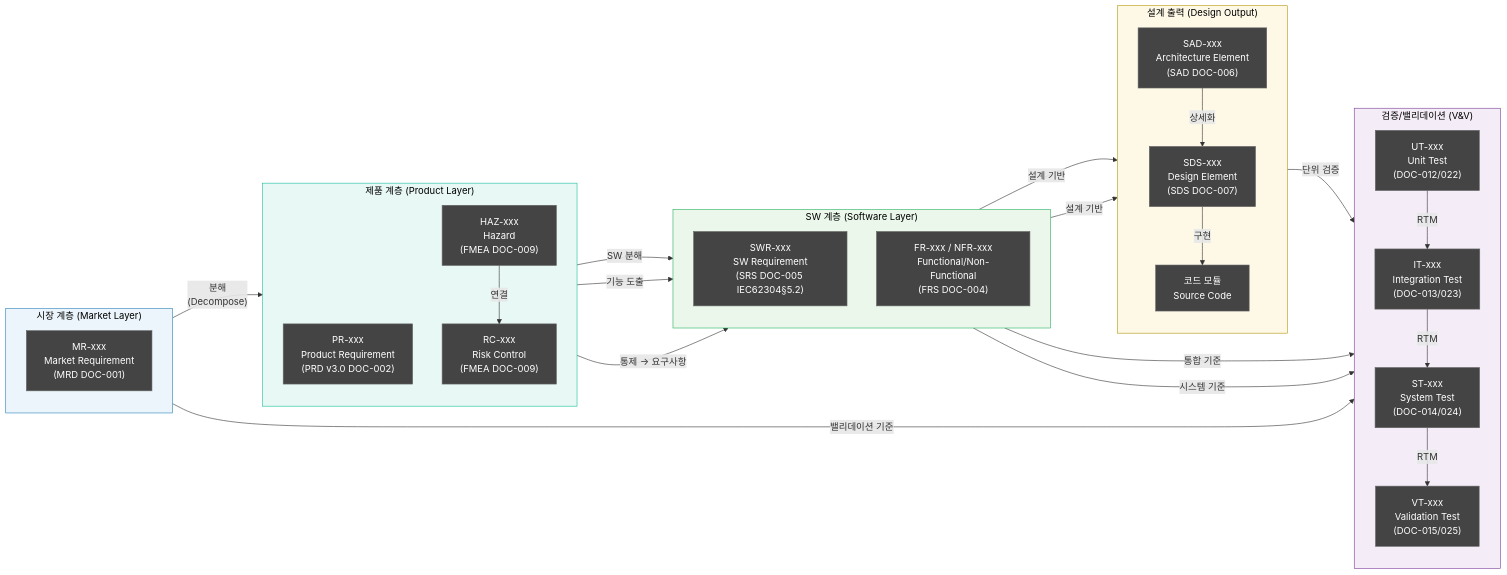
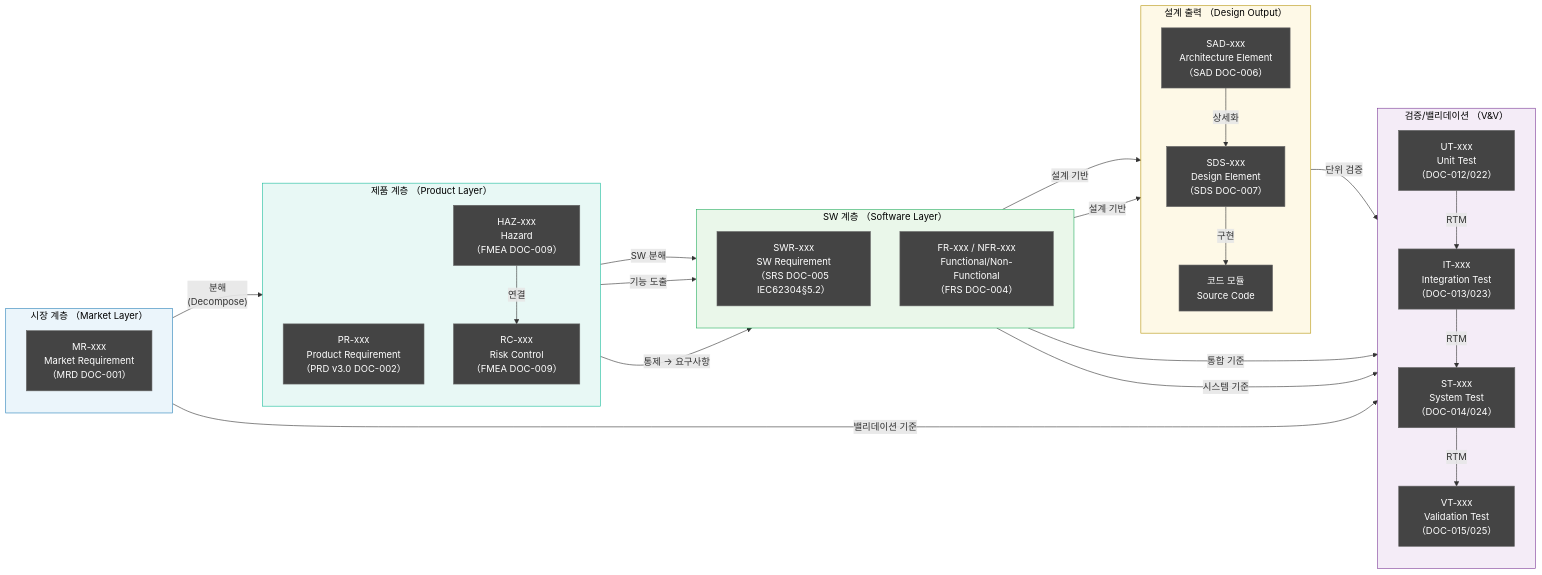
The third of 9 diagrams in docs/management/DMP-001_DMP_v1.0.md (holee9/console-gui), drawn with Mermaid before and after one commit. The commit also changed other lines of this file and 22 other files, not shown here.

First line of the commit message:
fix: Mermaid flowchart 노드 내 괄호 파싱 오류 전면 수정

````diff
--- a/docs/management/DMP-001_DMP_v1.0.md
+++ b/docs/management/DMP-001_DMP_v1.0.md
@@ -485,59 +485,59 @@
 ```mermaid
 flowchart LR
     classDef default fill:#444,stroke:#666,color:#fff
-    subgraph MKT["시장 계층 (Market Layer)"]
+    subgraph MKT["시장 계층 （Market Layer）"]
         direction TB
-        MR["MR-xxx\nMarket Requirement\n(MRD DOC-001)"]
+        MR["MR-xxx\nMarket Requirement\n（MRD DOC-001）"]
     end
 
-    subgraph PROD["제품 계층 (Product Layer)"]
+    subgraph PROD["제품 계층 （Product Layer）"]
         direction TB
-        PR["PR-xxx\nProduct Requirement\n(PRD v3.0 DOC-002)"]
-        HAZ["HAZ-xxx\nHazard\n(FMEA DOC-009)"]
-        RC["RC-xxx\nRisk Control\n(FMEA DOC-009)"]
+        PR["PR-xxx\nProduct Requirement\n（PRD v3.0 DOC-002）"]
+        HAZ["HAZ-xxx\nHazard\n（FMEA DOC-009）"]
+        RC["RC-xxx\nRisk Control\n（FMEA DOC-009）"]
     end
 
-    subgraph SW["SW 계층 (Software Layer)"]
+    subgraph SW["SW 계층 （Software Layer）"]
         direction TB
-        SWR["SWR-xxx\nSW Requirement\n(SRS DOC-005 IEC62304§5.2)"]
-        FR["FR-xxx / NFR-xxx\nFunctional/Non-Functional\n(FRS DOC-004)"]
+        SWR["SWR-xxx\nSW Requirement\n（SRS DOC-005 IEC62304§5.2）"]
+        FR["FR-xxx / NFR-xxx\nFunctional/Non-Functional\n（FRS DOC-004）"]
     end
 
-    subgraph DESIGN["설계 출력 (Design Output)"]
+    subgraph DESIGN["설계 출력 （Design Output）"]
         direction TB
-        SAD["SAD-xxx\nArchitecture Element\n(SAD DOC-006)"]
-        SDS["SDS-xxx\nDesign Element\n(SDS DOC-007)"]
+        SAD["SAD-xxx\nArchitecture Element\n（SAD DOC-006）"]
+        SDS["SDS-xxx\nDesign Element\n（SDS DOC-007）"]
         CODE["코드 모듈\nSource Code"]
     end
 
-    subgraph TEST["검증/밸리데이션 (V&V)"]
+    subgraph TEST["검증/밸리데이션 （V&V）"]
         direction TB
-        UT["UT-xxx\nUnit Test\n(DOC-012/022)"]
-        IT["IT-xxx\nIntegration Test\n(DOC-013/023)"]
-        ST["ST-xxx\nSystem Test\n(DOC-014/024)"]
-        VT["VT-xxx\nValidation Test\n(DOC-015/025)"]
+        UT["UT-xxx\nUnit Test\n（DOC-012/022）"]
+        IT["IT-xxx\nIntegration Test\n（DOC-013/023）"]
+        ST["ST-xxx\nSystem Test\n（DOC-014/024）"]
+        VT["VT-xxx\nValidation Test\n（DOC-015/025）"]
     end
 
     MR -->|"분해\n(Decompose)"| PR
     PR -->|"SW 분해"| SWR
     PR -->|"기능 도출"| FR
     HAZ -->|"연결"| RC
     RC -->|"통제 → 요구사항"| SWR
     SWR -->|"설계 기반"| SAD
     FR -->|"설계 기반"| SAD
     SAD -->|"상세화"| SDS
     SDS -->|"구현"| CODE
     CODE -->|"단위 검증"| UT
     SWR -->|"통합 기준"| IT
     FR -->|"시스템 기준"| ST
     MR -->|"밸리데이션 기준"| VT
     UT -->|"RTM"| IT
     IT -->|"RTM"| ST
     ST -->|"RTM"| VT
 
     style MKT fill:#EBF5FB,stroke:#2980B9,color:#000
     style PROD fill:#E8F8F5,stroke:#1ABC9C,color:#000
     style SW fill:#EAF7EA,stroke:#27AE60,color:#000
     style DESIGN fill:#FEF9E7,stroke:#B7950B,color:#000
     style TEST fill:#F4ECF7,stroke:#7D3C98,color:#000
 ```
````
